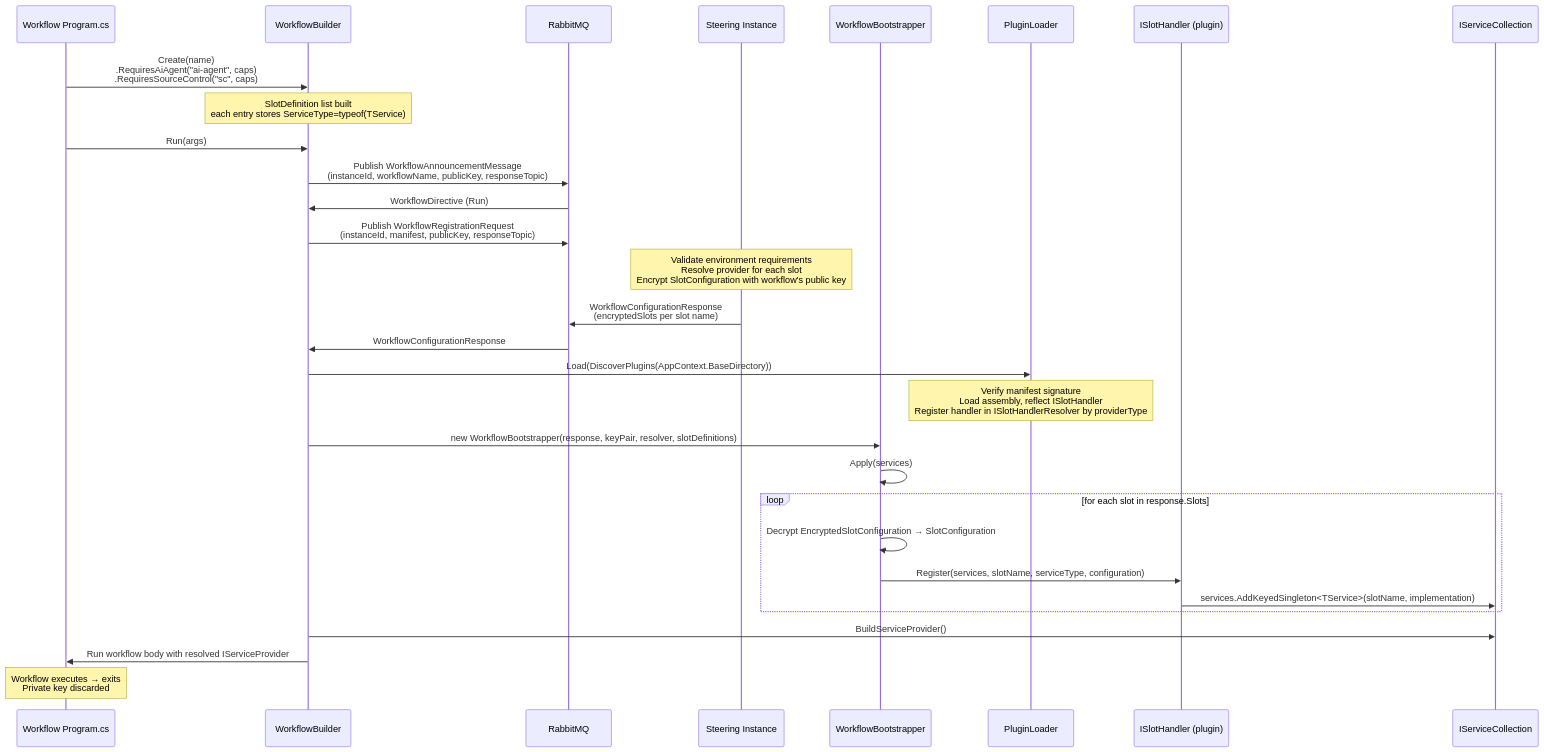
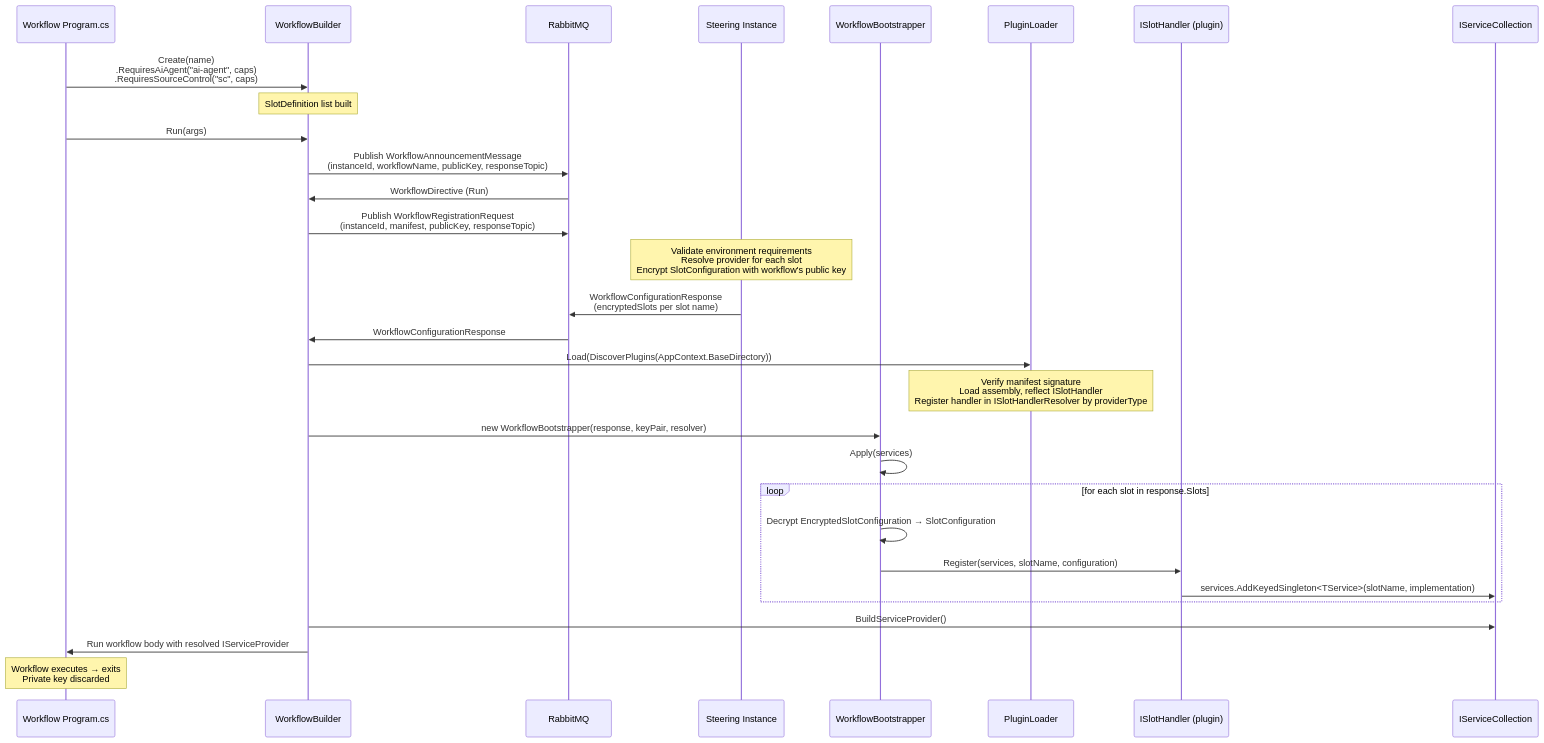
One commit to FelixKlakow/Auxilia changed the third of 3 diagrams in docs/workflow-sdk-design.md. Above: the diagram before and after it, drawn with Mermaid. The commit also changed other lines of this file, not shown here.

First line of the commit message:
docs: fix workflow-sdk-design.md to match working-tree signatures

````diff
--- a/docs/workflow-sdk-design.md
+++ b/docs/workflow-sdk-design.md
@@ -262,38 +262,38 @@
 ```mermaid
 sequenceDiagram
     participant App as Workflow Program.cs
     participant Builder as WorkflowBuilder
     participant Bus as RabbitMQ
     participant SI as Steering Instance
     participant Boot as WorkflowBootstrapper
     participant PL as PluginLoader
     participant Handler as ISlotHandler (plugin)
     participant DI as IServiceCollection
 
     App->>Builder: Create(name)<br/>.RequiresAiAgent("ai-agent", caps)<br/>.RequiresSourceControl("sc", caps)
-    Note over Builder: SlotDefinition list built<br/>each entry stores ServiceType=typeof(TService)
+    Note over Builder: SlotDefinition list built
 
     App->>Builder: Run(args)
     Builder->>Bus: Publish WorkflowAnnouncementMessage<br/>(instanceId, workflowName, publicKey, responseTopic)
     Bus->>Builder: WorkflowDirective (Run)
 
     Builder->>Bus: Publish WorkflowRegistrationRequest<br/>(instanceId, manifest, publicKey, responseTopic)
     Note over SI: Validate environment requirements<br/>Resolve provider for each slot<br/>Encrypt SlotConfiguration with workflow's public key
     SI->>Bus: WorkflowConfigurationResponse<br/>(encryptedSlots per slot name)
     Bus->>Builder: WorkflowConfigurationResponse
 
     Builder->>PL: Load(DiscoverPlugins(AppContext.BaseDirectory))
     Note over PL: Verify manifest signature<br/>Load assembly, reflect ISlotHandler<br/>Register handler in ISlotHandlerResolver by providerType
 
-    Builder->>Boot: new WorkflowBootstrapper(response, keyPair, resolver, slotDefinitions)
+    Builder->>Boot: new WorkflowBootstrapper(response, keyPair, resolver)
     Boot->>Boot: Apply(services)
     loop for each slot in response.Slots
         Boot->>Boot: Decrypt EncryptedSlotConfiguration → SlotConfiguration
-        Boot->>Handler: Register(services, slotName, serviceType, configuration)
+        Boot->>Handler: Register(services, slotName, configuration)
         Handler->>DI: services.AddKeyedSingleton<TService>(slotName, implementation)
     end
 
     Builder->>DI: BuildServiceProvider()
     Builder->>App: Run workflow body with resolved IServiceProvider
     Note over App: Workflow executes → exits<br/>Private key discarded
 ```
````
